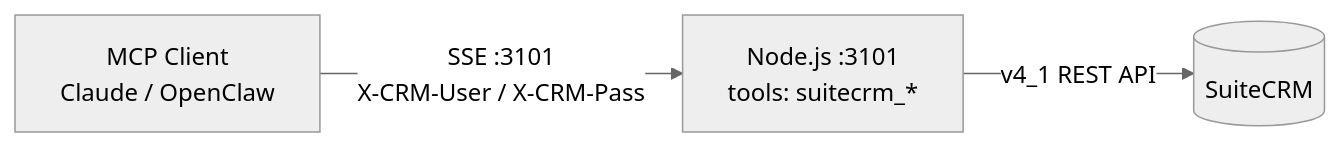
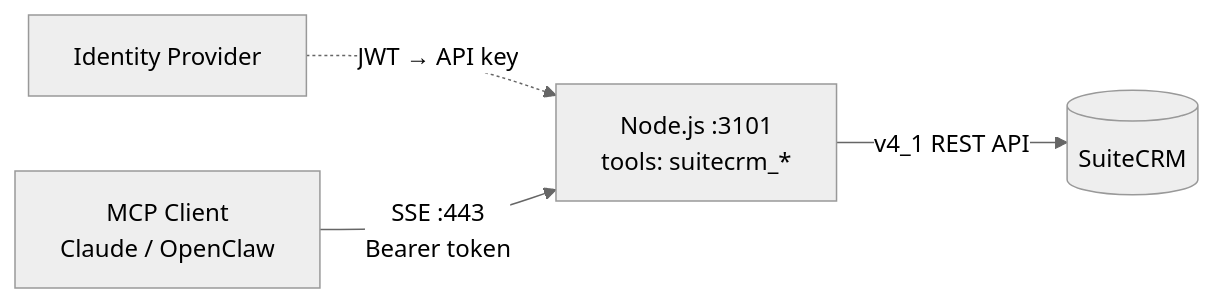
Before and after one commit to Anirudhx7/suitecrm-mcp: the second of 2 diagrams in README.md, drawn with Mermaid (neutral theme). The commit also changed other lines of this file and 15 other files, not shown here.

First line of the commit message:
feat: v3.0.0 - OAuth2/OIDC auth, gateway-issued API keys, no client credentials

````diff
--- a/README.md
+++ b/README.md
@@ -69,4 +74,5 @@
 ```mermaid
 flowchart LR
-    MC["MCP Client\nClaude / OpenClaw"] -->|"SSE :3101\nX-CRM-User / X-CRM-Pass"| N["Node.js :3101\ntools: suitecrm_*"] -->|"v4_1 REST API"| CRM[("SuiteCRM")]
+    IdP["Identity Provider"] -.->|"JWT → API key"| N
+    MC["MCP Client\nClaude / OpenClaw"] -->|"SSE :443\nBearer token"| N["Node.js :3101\ntools: suitecrm_*"] -->|"v4_1 REST API"| CRM[("SuiteCRM")]
 ```
````
